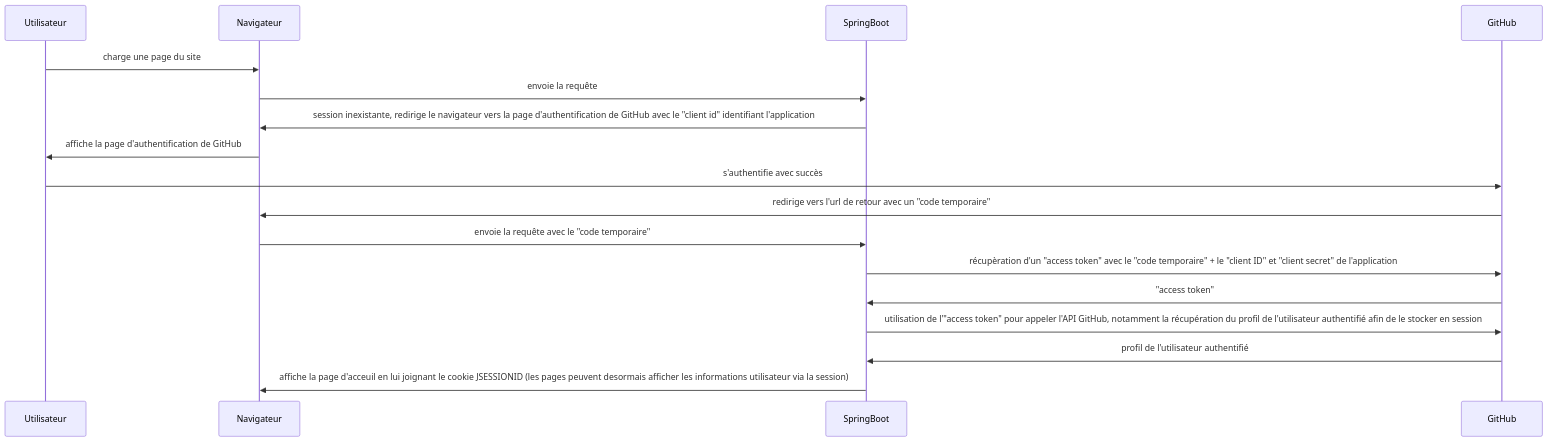
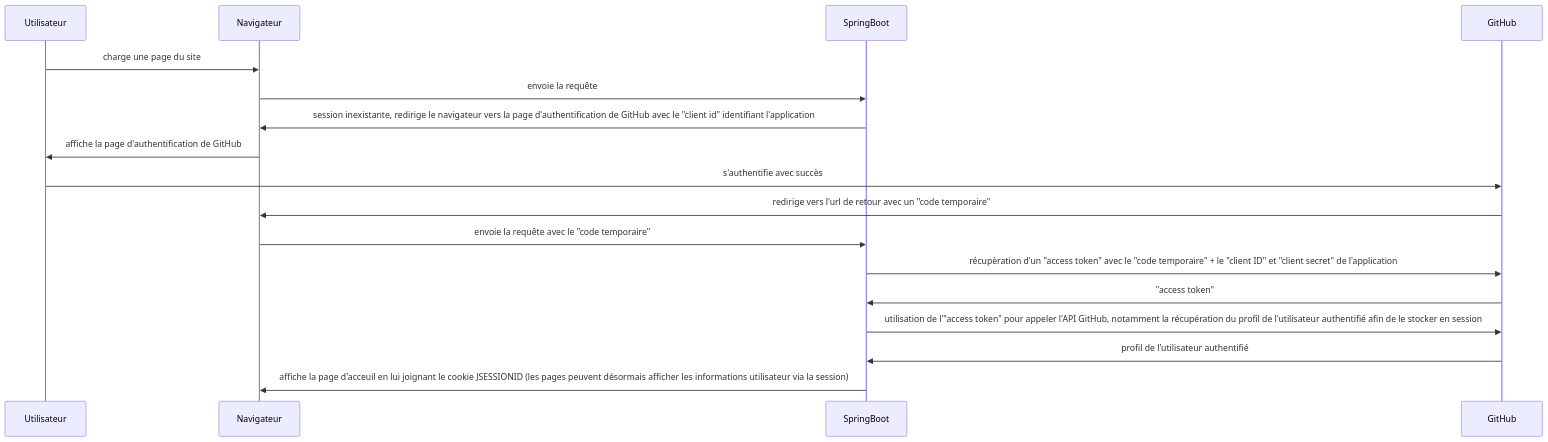
Before and after one commit to frigaux/api-cotations-boursieres: the second of 2 diagrams in README.md, drawn with Mermaid. The commit also changed other lines of this file and 8 other files, not shown here.

````diff
--- a/README.md
+++ b/README.md
@@ -21,15 +21,15 @@
 ```mermaid
   sequenceDiagram
     Utilisateur->>Navigateur: charge une page du site
     Navigateur->>SpringBoot: envoie la requête
     SpringBoot->>Navigateur: session inexistante, redirige le navigateur vers la page d'authentification de GitHub avec le "client id" identifiant l'application
     Navigateur->>Utilisateur: affiche la page d'authentification de GitHub
     Utilisateur->>GitHub: s'authentifie avec succès
     GitHub->>Navigateur: redirige vers l'url de retour avec un "code temporaire"
     Navigateur->>SpringBoot: envoie la requête avec le "code temporaire"
     SpringBoot->>GitHub: récupèration d'un "access token" avec le "code temporaire" + le "client ID" et "client secret" de l'application
     GitHub->>SpringBoot: "access token"
     SpringBoot->>GitHub: utilisation de l'"access token" pour appeler l'API GitHub, notamment la récupération du profil de l'utilisateur authentifié afin de le stocker en session
     GitHub->>SpringBoot: profil de l'utilisateur authentifié
-    SpringBoot->>Navigateur: affiche la page d'acceuil en lui joignant le cookie JSESSIONID (les pages peuvent desormais afficher les informations utilisateur via la session)
+    SpringBoot->>Navigateur: affiche la page d'acceuil en lui joignant le cookie JSESSIONID (les pages peuvent désormais afficher les informations utilisateur via la session)
 ```
````
